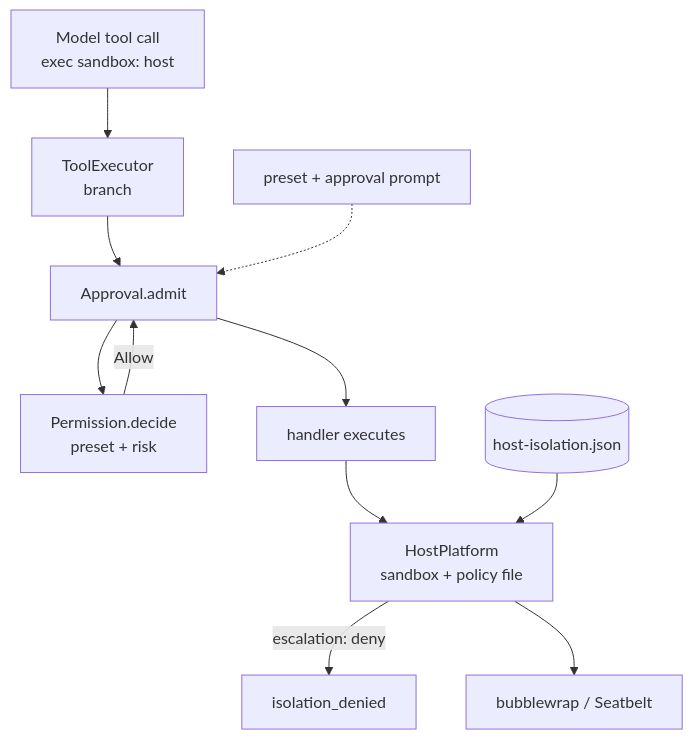
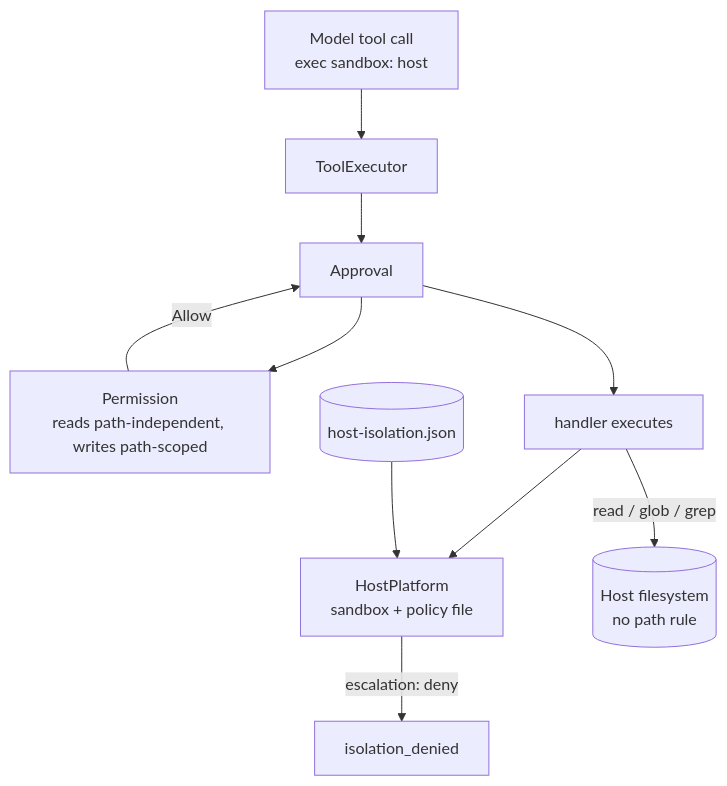
One commit to arcships/dim changed the first of 2 diagrams in docs/adr/009-sandbox-and-user-grants.md. Above: the diagram before and after it, drawn with Mermaid. The commit also changed other lines of this file and 2 other files, not shown here.

First line of the commit message:
docs(adr): define path-based sandbox access

````diff
--- a/docs/adr/009-sandbox-and-user-grants.md
+++ b/docs/adr/009-sandbox-and-user-grants.md
@@ -37,13 +35,12 @@
 ```mermaid
 flowchart TD
-  M[Model tool call<br/>exec sandbox: host] --> TE[ToolExecutor<br/>branch]
-  TE --> AP[Approval.admit]
-  AP --> PA[Permission.decide<br/>preset + risk]
+  M[Model tool call<br/>exec sandbox: host] --> TE[ToolExecutor]
+  TE --> AP[Approval]
+  AP --> PA[Permission<br/>reads path-independent, writes path-scoped]
   PA -->|Allow| AP
   AP --> EX[handler executes]
   EX --> HP[HostPlatform<br/>sandbox + policy file]
   HP -->|"escalation: deny"| X[isolation_denied]
-  HP --> SB[bubblewrap / Seatbelt]
   POL[(host-isolation.json)] --> HP
-  CLI[preset + approval prompt] -.-> AP
+  EX -->|read / glob / grep| FS[(Host filesystem<br/>no path rule)]
 ```
````
